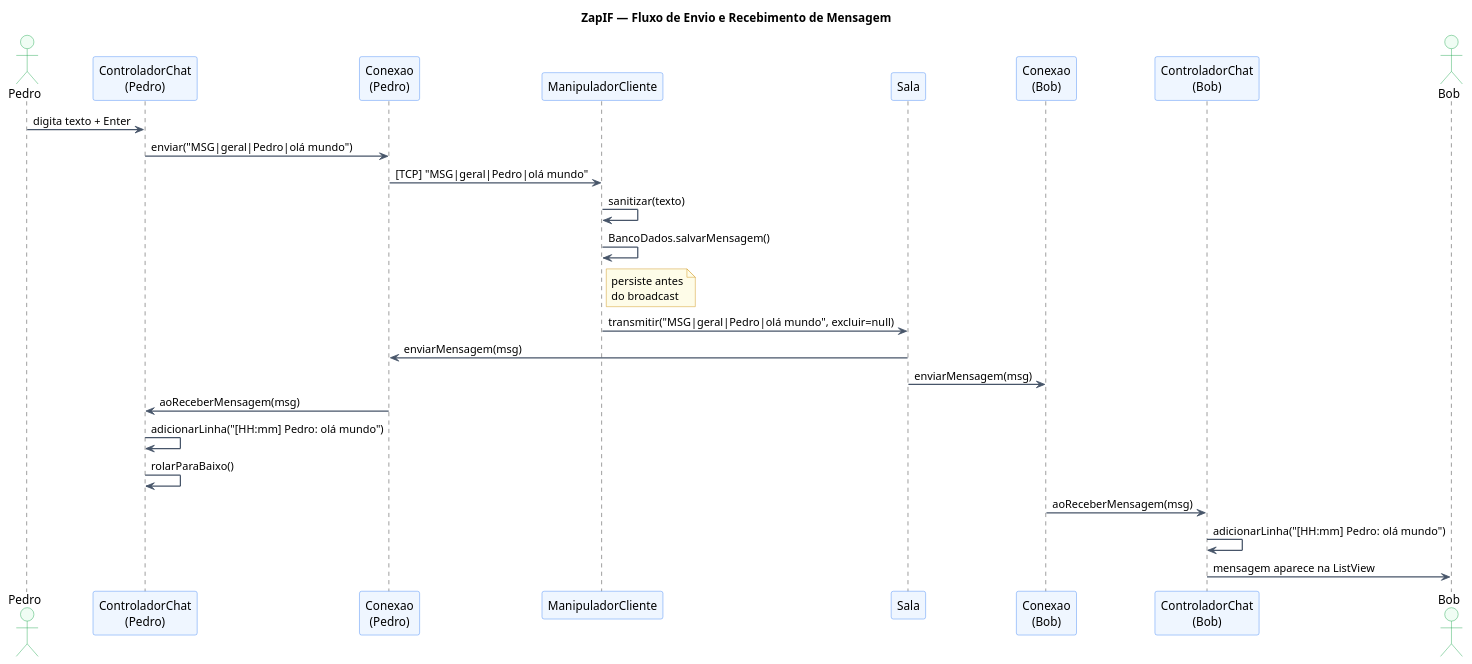
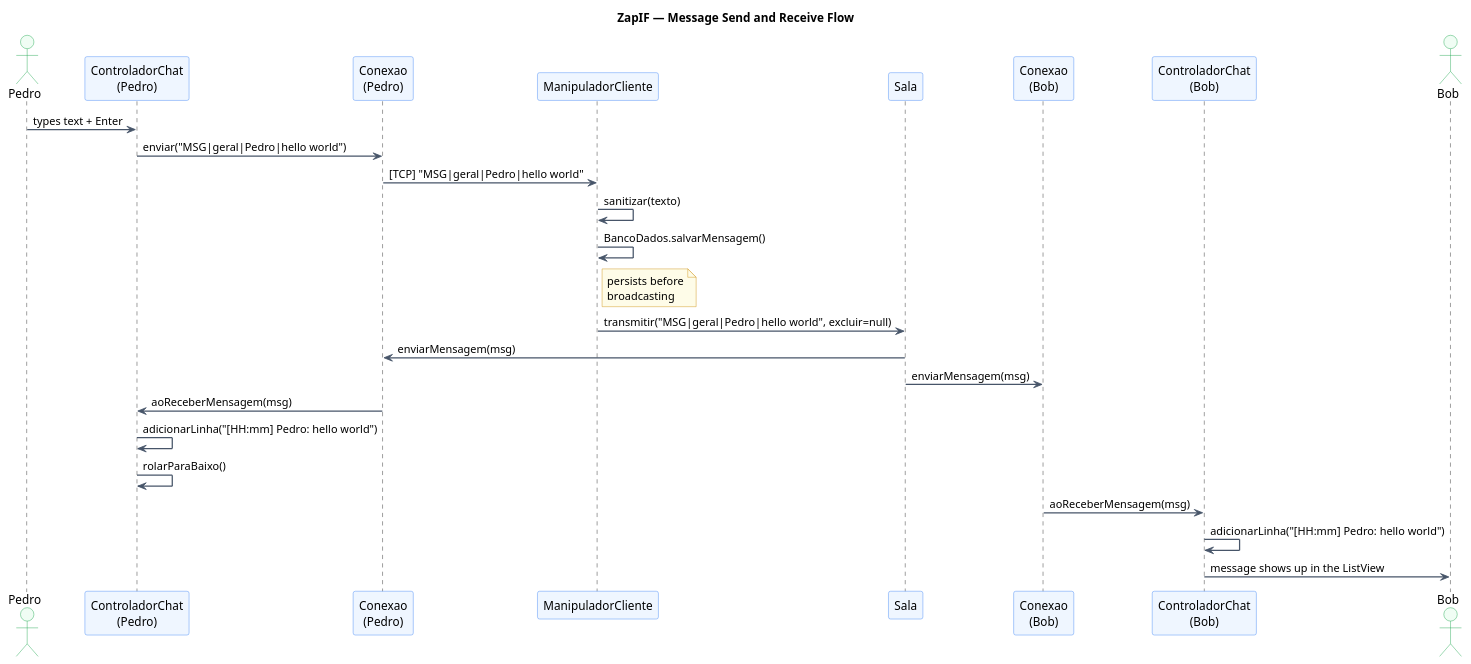
One commit to ErickHTF/ZapIF changed the second of 3 diagrams in uml/puml/diagrams.puml. Above: the diagram before and after it, drawn with PlantUML. The commit also changed other lines of this file and 11 other files, not shown here.

```diff
--- a/uml/puml/diagrams.puml
+++ b/uml/puml/diagrams.puml
@@ -77,45 +77,45 @@
 @startuml sequencia_chat
-title ZapIF — Fluxo de Envio e Recebimento de Mensagem
+title ZapIF — Message Send and Receive Flow
 
 skinparam Shadowing false
 skinparam SequenceArrowThickness 1.5
 skinparam SequenceBoxBackgroundColor #F8FAFC
 skinparam SequenceBoxBorderColor #94A3B8
 skinparam ActorBackgroundColor #F0FDF4
 skinparam ActorBorderColor #16A34A
 skinparam ParticipantBackgroundColor #EFF6FF
 skinparam ParticipantBorderColor #3B82F6
 skinparam ArrowColor #475569
 skinparam NoteBackgroundColor #FEFCE8
 skinparam NoteBorderColor #CA8A04
 
 actor       "Pedro"              as A
 participant "ControladorChat\n(Pedro)" as CCA
 participant "Conexao\n(Pedro)"   as CNA
 participant "ManipuladorCliente" as MC
 participant "Sala"               as S
 participant "Conexao\n(Bob)"     as CNB
 participant "ControladorChat\n(Bob)" as CCB
 actor       "Bob"                as B
 
-A   -> CCA : digita texto + Enter
-CCA -> CNA : enviar("MSG|geral|Pedro|olá mundo")
-CNA -> MC  : [TCP] "MSG|geral|Pedro|olá mundo"
+A   -> CCA : types text + Enter
+CCA -> CNA : enviar("MSG|geral|Pedro|hello world")
+CNA -> MC  : [TCP] "MSG|geral|Pedro|hello world"
 
 MC  -> MC  : sanitizar(texto)
 MC  -> MC  : BancoDados.salvarMensagem()
-note right of MC : persiste antes\ndo broadcast
+note right of MC : persists before\nbroadcasting
 
-MC  -> S   : transmitir("MSG|geral|Pedro|olá mundo", excluir=null)
+MC  -> S   : transmitir("MSG|geral|Pedro|hello world", excluir=null)
 
 S   -> CNA : enviarMensagem(msg)
 S   -> CNB : enviarMensagem(msg)
 
 CNA -> CCA : aoReceberMensagem(msg)
-CCA -> CCA : adicionarLinha("[HH:mm] Pedro: olá mundo")
+CCA -> CCA : adicionarLinha("[HH:mm] Pedro: hello world")
 CCA -> CCA : rolarParaBaixo()
 
 CNB -> CCB : aoReceberMensagem(msg)
-CCB -> CCB : adicionarLinha("[HH:mm] Pedro: olá mundo")
-CCB -> B   : mensagem aparece na ListView
+CCB -> CCB : adicionarLinha("[HH:mm] Pedro: hello world")
+CCB -> B   : message shows up in the ListView
 @enduml
```
